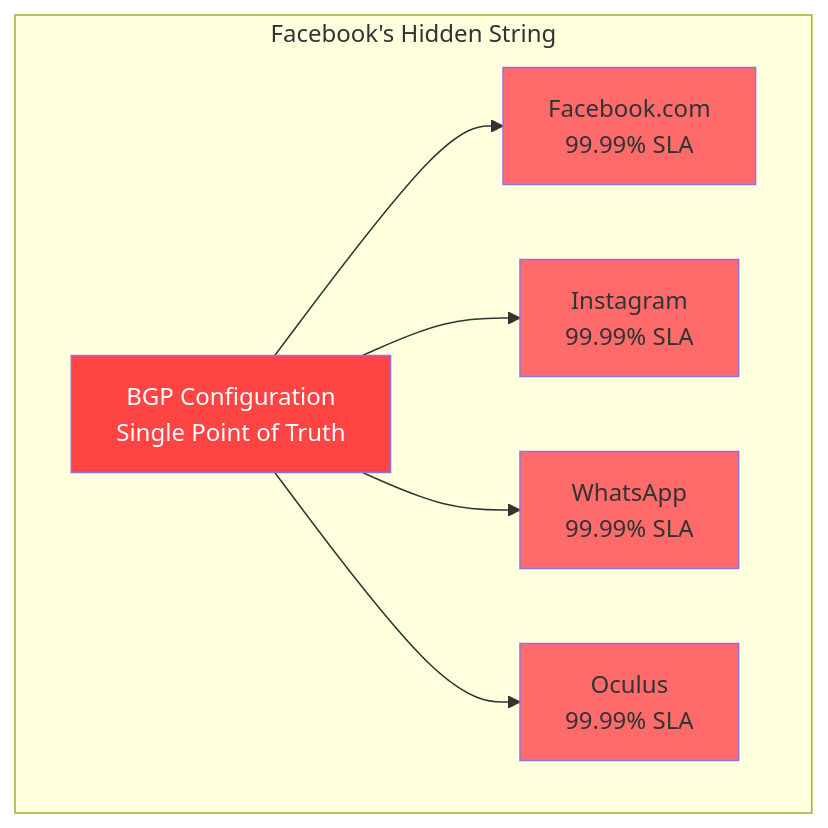
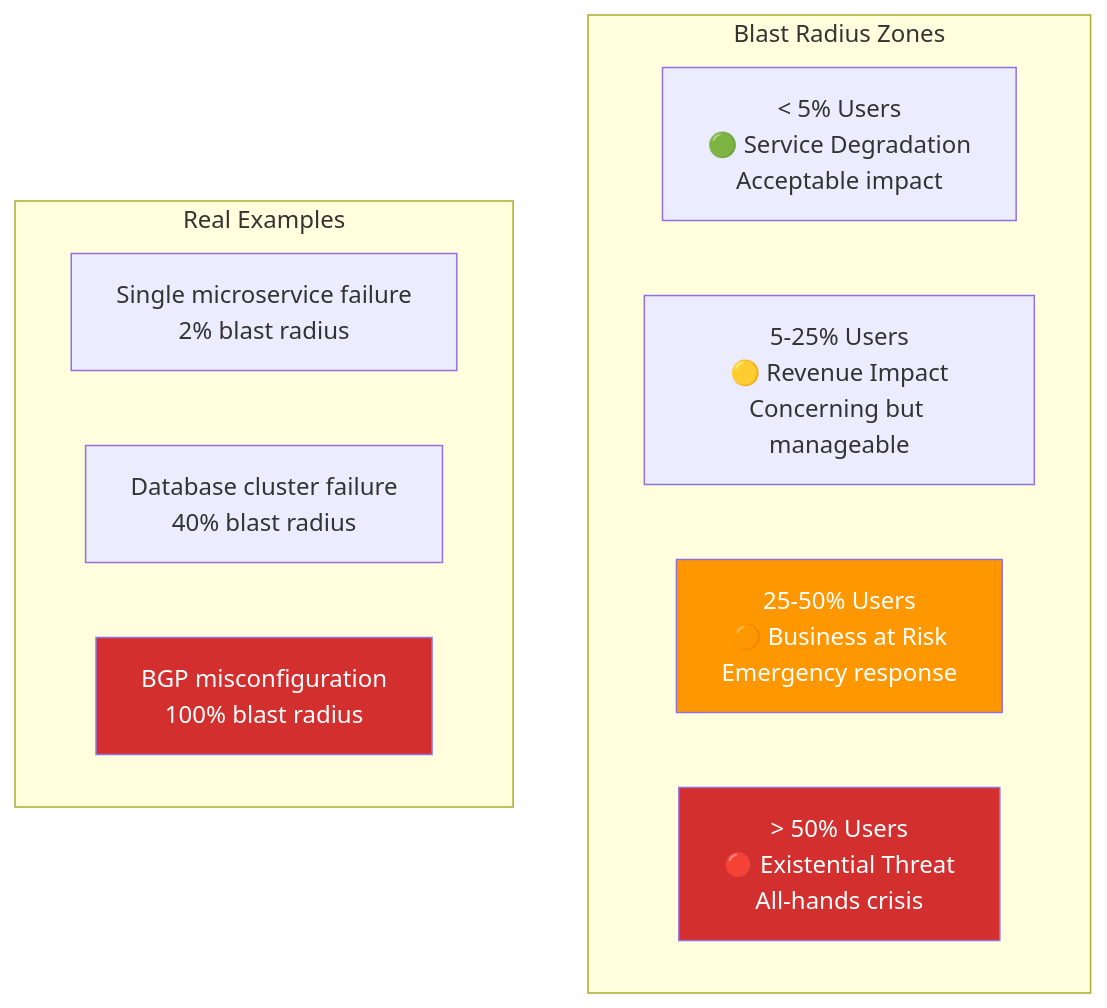
One commit to deepaucksharma/DStudio changed the third of 6 diagrams in docs/core-principles/laws/correlated-failure.md. Above: the diagram before and after it, drawn with Mermaid. The commit also changed other lines of this file and 112 other files, not shown here.

````diff
--- a/docs/core-principles/laws/correlated-failure.md
+++ b/docs/core-principles/laws/correlated-failure.md
@@ -108,22 +211,19 @@
 ```mermaid
 graph TB
-    subgraph "Facebook's Hidden String"
-        BGP[BGP Configuration<br/>Single Point of Truth]
-        
-        FB[Facebook.com<br/>99.99% SLA]
-        IG[Instagram<br/>99.99% SLA] 
-        WA[WhatsApp<br/>99.99% SLA]
-        OC[Oculus<br/>99.99% SLA]
-        
-        BGP --> FB
-        BGP --> IG  
-        BGP --> WA
-        BGP --> OC
-        
-        style BGP fill:#ff4444,color:#fff
-        style FB fill:#ff6b6b
-        style IG fill:#ff6b6b
-        style WA fill:#ff6b6b
-        style OC fill:#ff6b6b
+    subgraph "Blast Radius Zones"
+        BR1["< 5% Users<br/>🟢 Service Degradation<br/>Acceptable impact"]
+        BR2["5-25% Users<br/>🟡 Revenue Impact<br/>Concerning but manageable"]
+        BR3["25-50% Users<br/>🟠 Business at Risk<br/>Emergency response"]
+        BR4["> 50% Users<br/>🔴 Existential Threat<br/>All-hands crisis"]
     end
+    
+    subgraph "Real Examples"
+        EX1["Single microservice failure<br/>2% blast radius"]
+        EX2["Database cluster failure<br/>40% blast radius"]
+        EX3["BGP misconfiguration<br/>100% blast radius"]
+    end
+    
+    style BR4 fill:#d32f2f,color:#fff
+    style BR3 fill:#ff9800,color:#fff
+    style EX3 fill:#d32f2f,color:#fff
 ```
````
